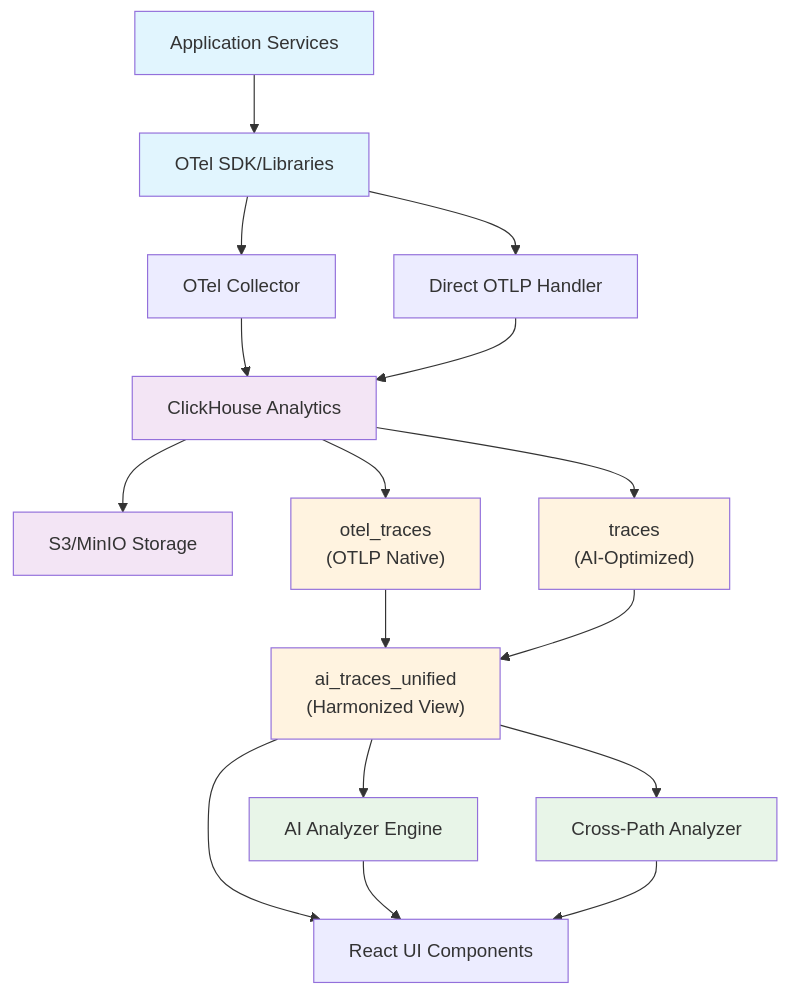
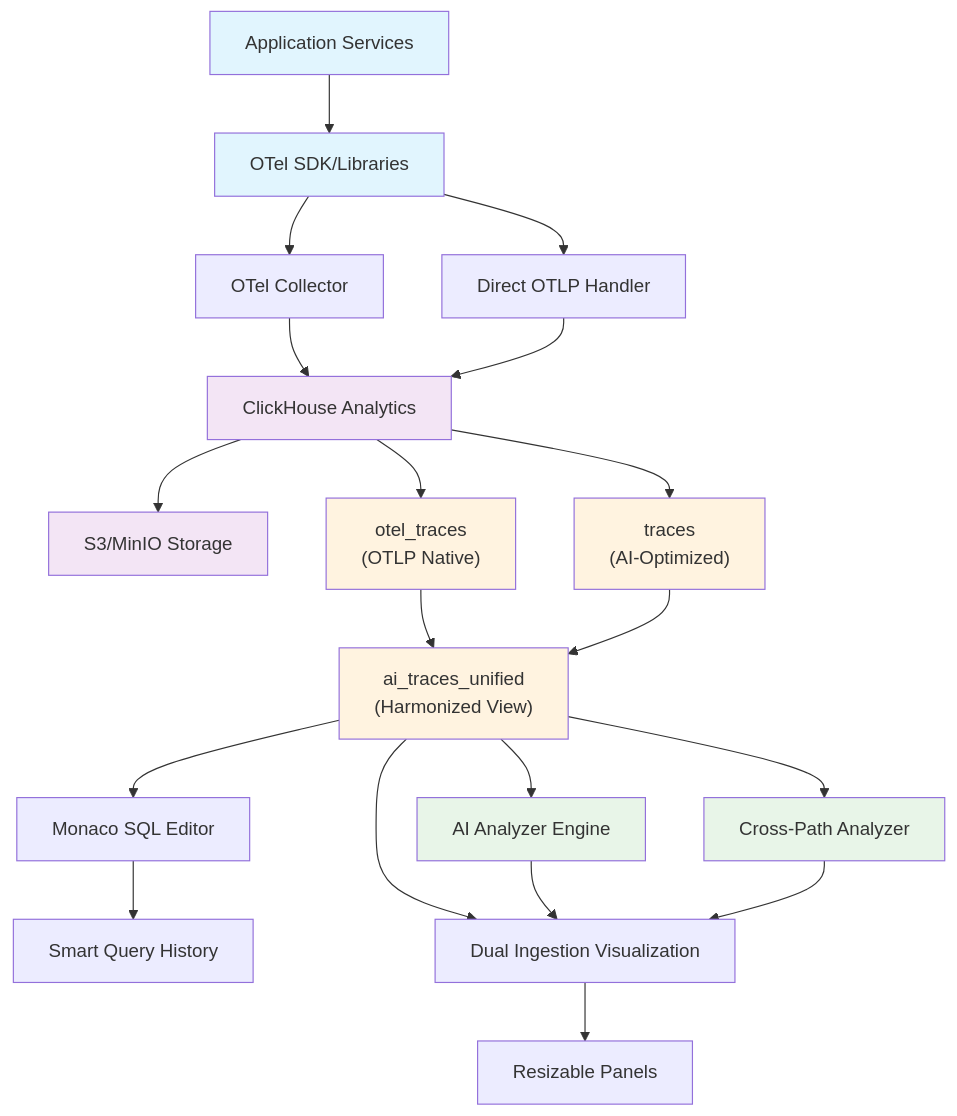
Before and after one commit to clayroach/otel-ai: the first of 2 diagrams in notes/design.md, drawn with Mermaid. The commit also changed other lines of this file and 11 other files, not shown here.

First line of the commit message:
feat: Professional Monaco SQL Editor with Dual Ingestion Visualization

````diff
--- a/notes/design.md
+++ b/notes/design.md
@@ -13,63 +13,69 @@
 ```mermaid
 flowchart TD
     Application[Application Services]
     OTelLibrary[OTel SDK/Libraries]
     
     %% Dual Ingestion Paths
     Collector[OTel Collector]
     DirectOTLP[Direct OTLP Handler]
     
     %% Storage Layer
     Clickhouse[ClickHouse Analytics]
     S3[S3/MinIO Storage]
     
     %% Schema Layer
     OTLPNative["otel_traces<br/>(OTLP Native)"]
     CustomSchema["traces<br/>(AI-Optimized)"]
     UnifiedView["ai_traces_unified<br/>(Harmonized View)"]
     
     %% AI Processing
     AIAnalyzer[AI Analyzer Engine]
     CrossPathAnalyzer[Cross-Path Analyzer]
     
     %% UI Layer
-    UI[React UI Components]
+    MonacoEditor[Monaco SQL Editor]
+    ResizablePanels[Resizable Panels]
+    QueryHistory[Smart Query History]
+    DualViz[Dual Ingestion Visualization]
     
     %% Data Flow
     Application --> OTelLibrary
     
     %% Path 1: Collector
     OTelLibrary --> Collector
     Collector --> Clickhouse
     Clickhouse --> OTLPNative
     
     %% Path 2: Direct
     OTelLibrary --> DirectOTLP
     DirectOTLP --> Clickhouse
     Clickhouse --> CustomSchema
     
     %% Unified Processing
     OTLPNative --> UnifiedView
     CustomSchema --> UnifiedView
     UnifiedView --> AIAnalyzer
     UnifiedView --> CrossPathAnalyzer
     
     %% Storage Backend
     Clickhouse --> S3
     
-    %% UI Access
-    UnifiedView --> UI
-    AIAnalyzer --> UI
-    CrossPathAnalyzer --> UI
+    %% UI Access and Interaction
+    UnifiedView --> DualViz
+    UnifiedView --> MonacoEditor
+    MonacoEditor --> QueryHistory
+    DualViz --> ResizablePanels
+    AIAnalyzer --> DualViz
+    CrossPathAnalyzer --> DualViz
     
     %% Styling
     classDef primary fill:#e1f5fe
     classDef storage fill:#f3e5f5
     classDef ai fill:#e8f5e8
     classDef schema fill:#fff3e0
     
     class Application,OTelLibrary primary
     class Clickhouse,S3 storage
     class AIAnalyzer,CrossPathAnalyzer ai
     class OTLPNative,CustomSchema,UnifiedView schema
 ```
````
